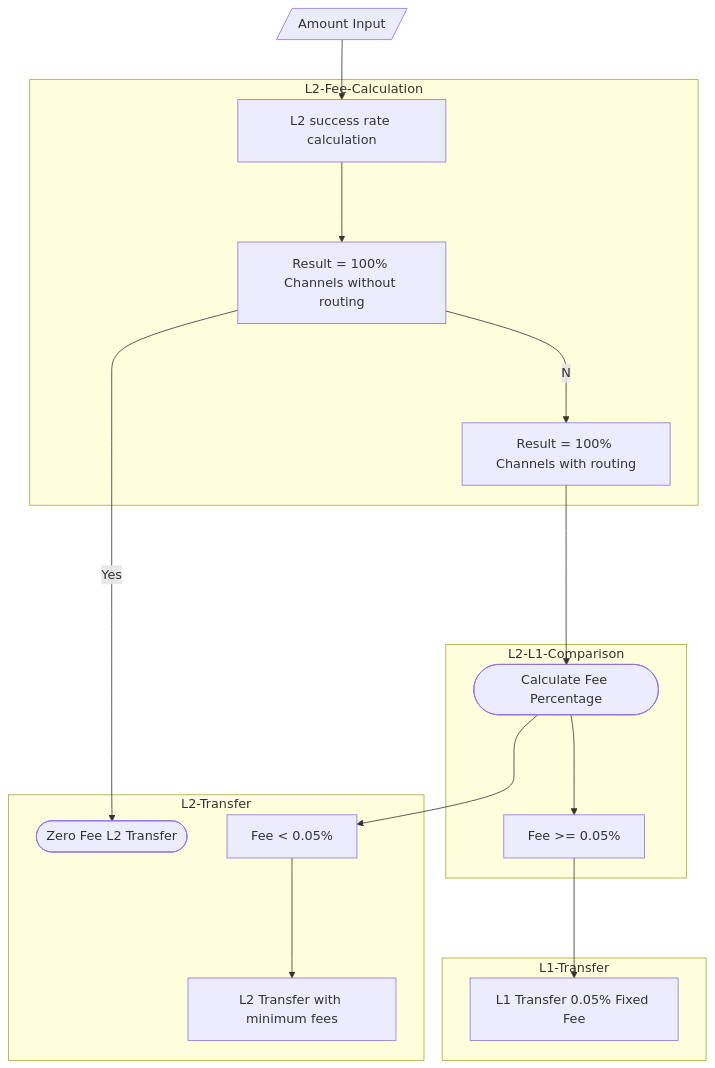
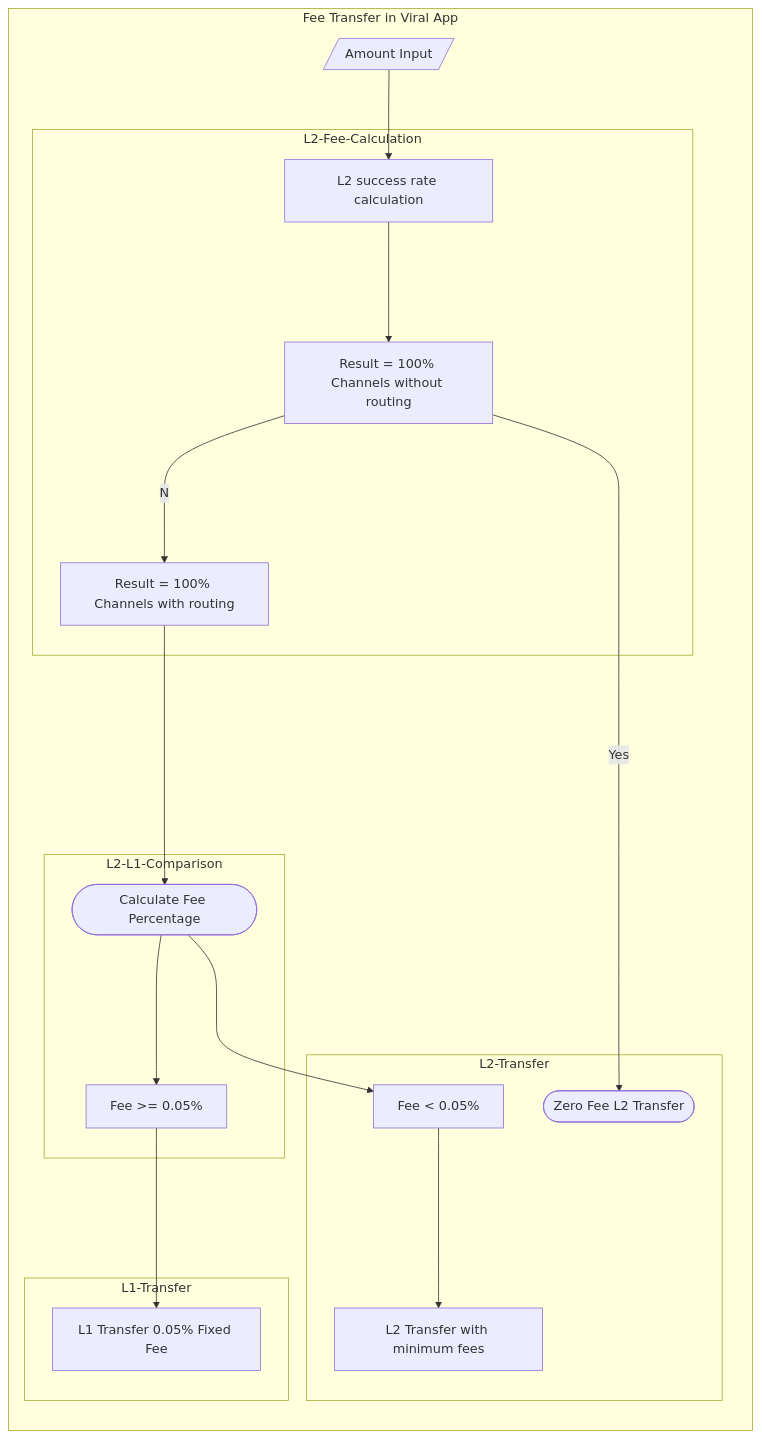
The sixth of 7 diagrams in README.md (viralfoundation/Technical-Whitepaper-LaTeX), drawn with Mermaid before and after one commit. The commit also changed other lines of this file, not shown here.

````diff
--- a/README.md
+++ b/README.md
@@ -819,23 +839,26 @@
 ```mermaid
 
-flowchart TB
+flowchart LR
+
+subgraph Fee Transfer in Viral App
    
     A[/Amount Input /]--> B[L2 success rate calculation]
     subgraph L2-Fee-Calculation 
     B ---> C[Result = 100% Channels without routing]
     C --No--> E[Result = 100% Channels with routing]
     end
     subgraph L2-Transfer
     C --Yes--> D([Zero Fee L2 Transfer])
     I ---> K[L2 Transfer with minimum fees]
     end
     subgraph L2-L1-Comparison
     E ----> G([Calculate Fee Percentage])
     G --->J[Fee >= 0.05%]
     G --->I[Fee < 0.05%]
     end
     subgraph L1-Transfer
     J ---> H[L1 Transfer 0.05% Fixed Fee]
     end
+end   
 
 ```
````
